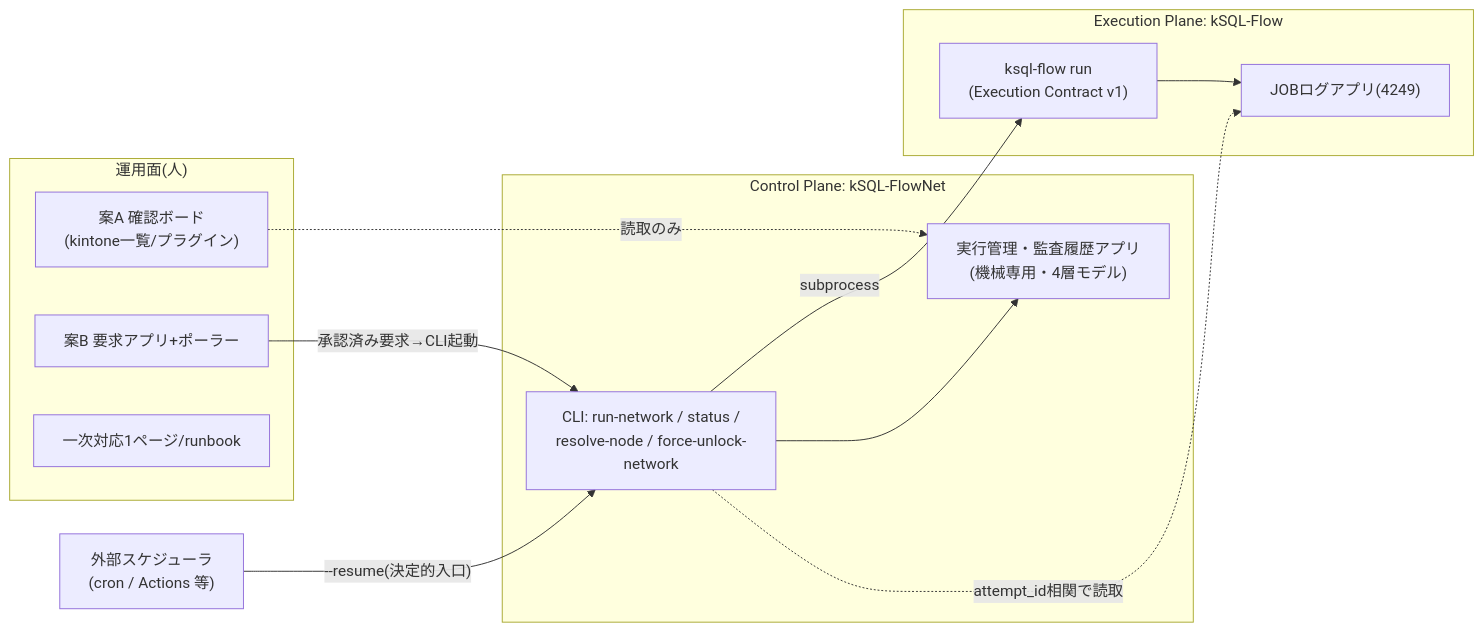
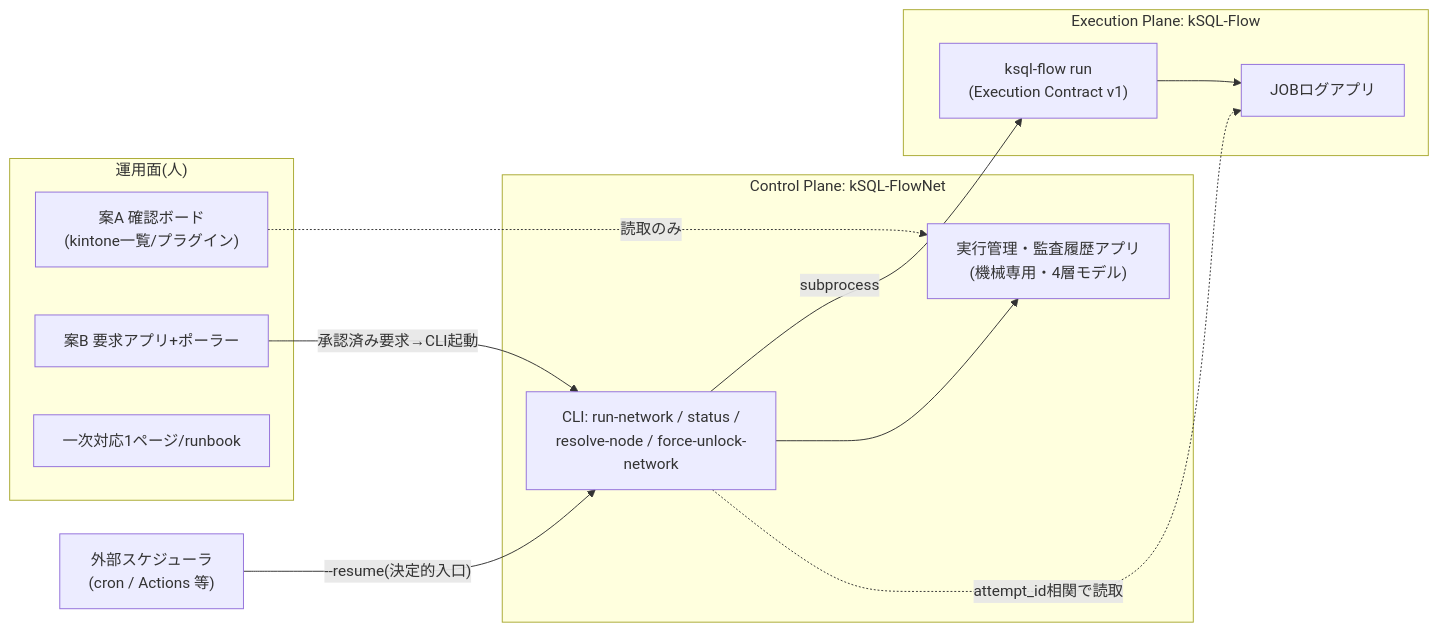
Before and after one commit to rex0220/ksql-flownet: the diagram in docs/ksql-flownet-vision.md, drawn with Mermaid. The commit also changed other lines of this file and 1 other file, not shown here.

````diff
--- a/docs/ksql-flownet-vision.md
+++ b/docs/ksql-flownet-vision.md
@@ -16,25 +16,25 @@
 ```mermaid
 flowchart LR
     subgraph OPS["運用面(人)"]
       A0["案A 確認ボード<br/>(kintone一覧/プラグイン)"]
       B0["案B 要求アプリ+ポーラー"]
       RB["一次対応1ページ/runbook"]
     end
     subgraph CP["Control Plane: kSQL-FlowNet"]
       CLI["CLI: run-network / status /<br/>resolve-node / force-unlock-network"]
       ST["実行管理・監査履歴アプリ<br/>(機械専用・4層モデル)"]
     end
     subgraph EP["Execution Plane: kSQL-Flow"]
       RUN["ksql-flow run<br/>(Execution Contract v1)"]
-      LOG["JOBログアプリ(4249)"]
+      LOG["JOBログアプリ"]
     end
     SCHED["外部スケジューラ<br/>(cron / Actions 等)"]
 
     SCHED -->|"--resume(決定的入口)"| CLI
     A0 -.読取のみ.-> ST
     B0 -->|"承認済み要求→CLI起動"| CLI
     CLI -->|subprocess| RUN
     RUN --> LOG
     CLI --> ST
     CLI -.attempt_id相関で読取.-> LOG
 ```
````
